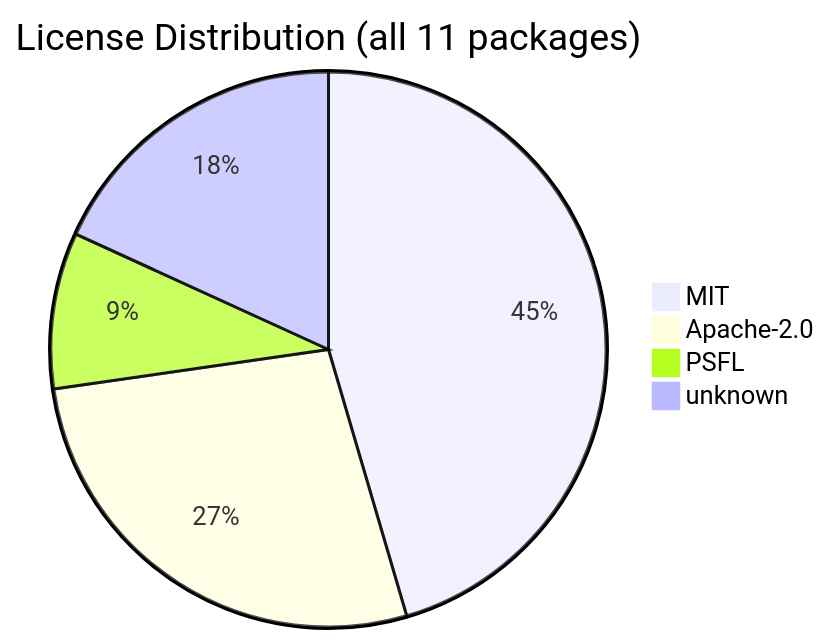
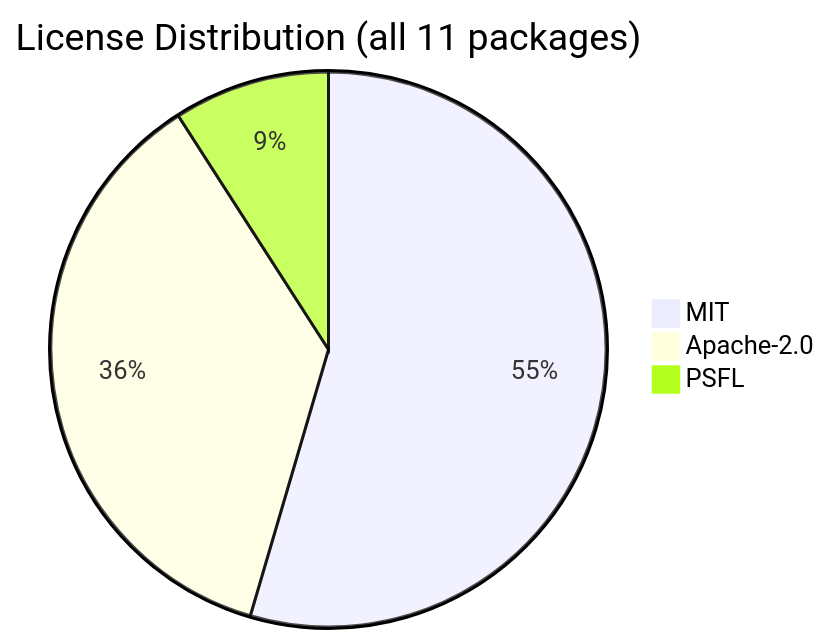
Before and after one commit to svenroth-ai/shipwright: the diagram in .shipwright/compliance/sbom.md, drawn with Mermaid. The commit also changed other lines of this file and 27 other files, not shown here.

````diff
--- a/.shipwright/compliance/sbom.md
+++ b/.shipwright/compliance/sbom.md
@@ -18,7 +18,6 @@
 ```mermaid
 pie title License Distribution (all 11 packages)
-    "MIT" : 5
-    "Apache-2.0" : 3
+    "MIT" : 6
+    "Apache-2.0" : 4
     "PSFL" : 1
-    "unknown" : 2
 ```
````
